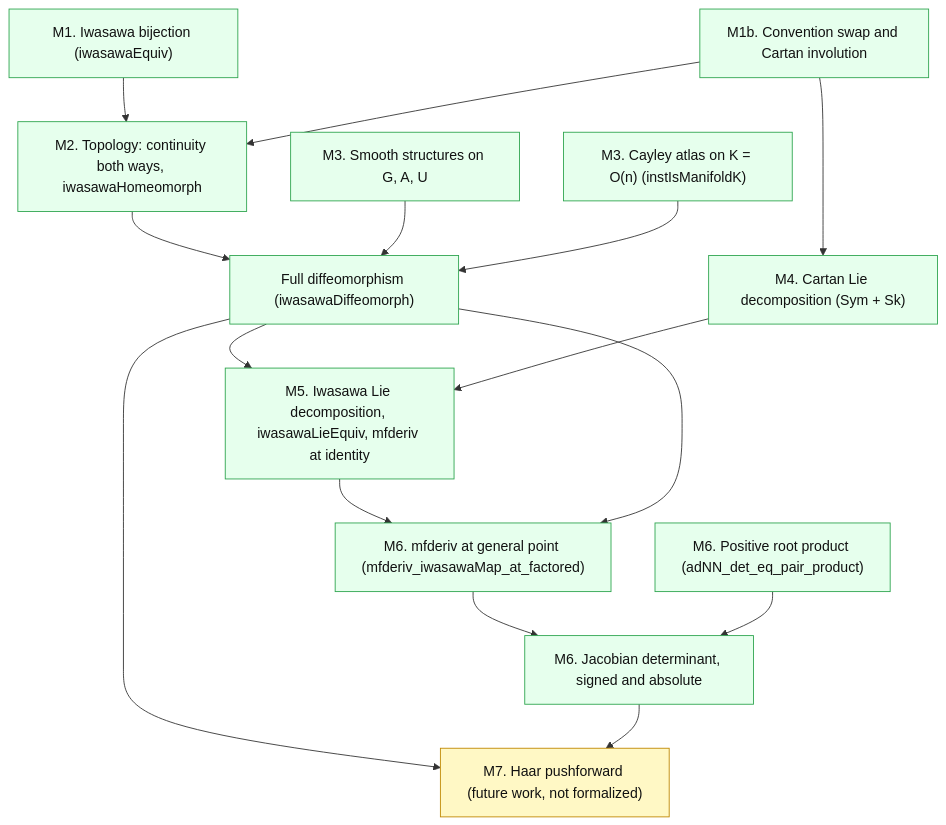
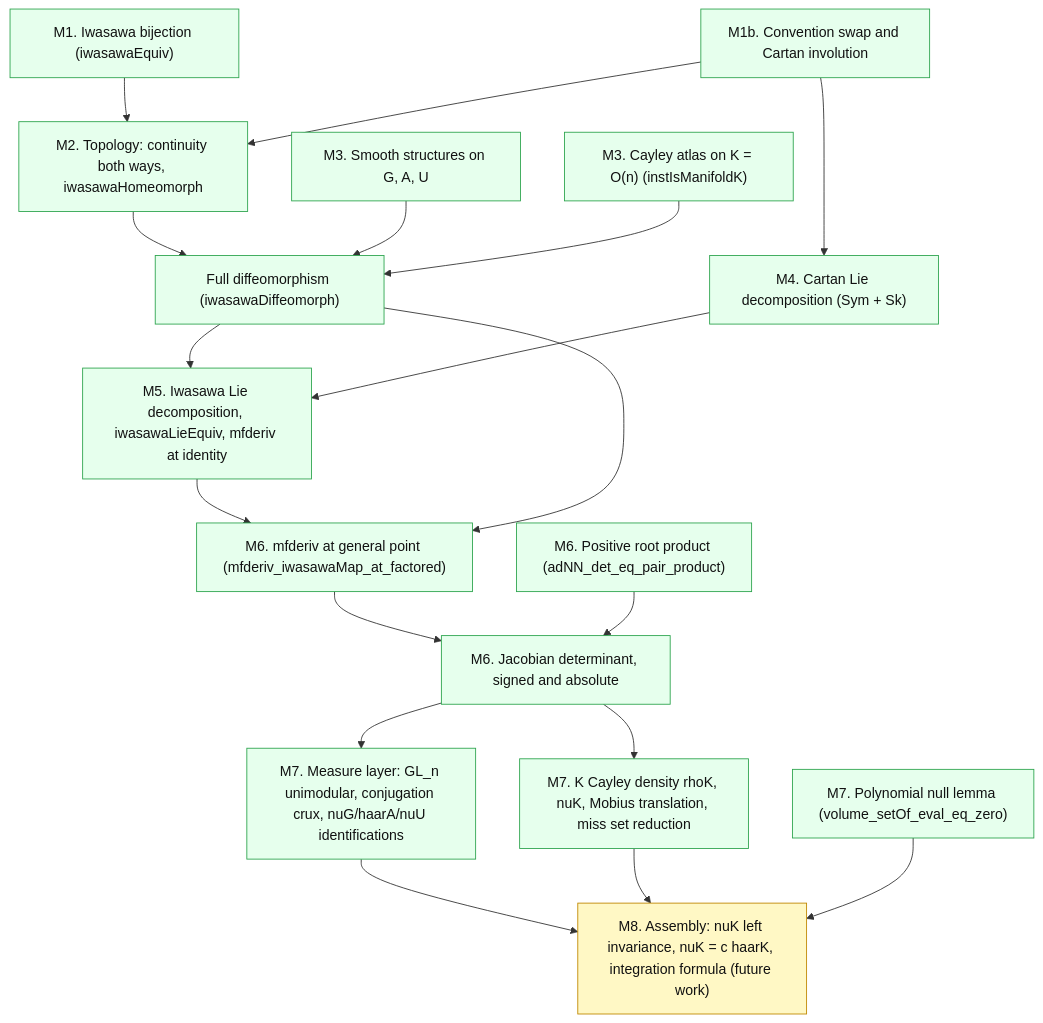
Before and after one commit to CuteSurtr/iwasawa-change-of-coordinates: the fourth of 6 diagrams in README.md, drawn with Mermaid. The commit also changed other lines of this file, not shown here.

First line of the commit message:
Docs: comprehensive README update for the measure layer and verification methodology

````diff
--- a/README.md
+++ b/README.md
@@ -772,35 +1081,41 @@
 ```mermaid
 flowchart TD
     M1["M1. Iwasawa bijection (iwasawaEquiv)"]
     M1b["M1b. Convention swap and Cartan involution"]
     M2["M2. Topology: continuity both ways, iwasawaHomeomorph"]
     M3g["M3. Smooth structures on G, A, U"]
     M3k["M3. Cayley atlas on K = O(n) (instIsManifoldK)"]
     DIFF["Full diffeomorphism (iwasawaDiffeomorph)"]
     M4["M4. Cartan Lie decomposition (Sym + Sk)"]
     M5["M5. Iwasawa Lie decomposition, iwasawaLieEquiv, mfderiv at identity"]
     M6d["M6. mfderiv at general point (mfderiv_iwasawaMap_at_factored)"]
     M6p["M6. Positive root product (adNN_det_eq_pair_product)"]
     M6j["M6. Jacobian determinant, signed and absolute"]
-    M7["M7. Haar pushforward (future work, not formalized)"]
+    M7m["M7. Measure layer: GL_n unimodular, conjugation crux, nuG/haarA/nuU identifications"]
+    M7k["M7. K Cayley density rhoK, nuK, Mobius translation, miss set reduction"]
+    M7p["M7. Polynomial null lemma (volume_setOf_eval_eq_zero)"]
+    M8["M8. Assembly: nuK left invariance, nuK = c haarK, integration formula (future work)"]
 
     M1 --> M2
     M1b --> M2
     M1b --> M4
     M2 --> DIFF
     M3g --> DIFF
     M3k --> DIFF
     DIFF --> M5
     M4 --> M5
     M5 --> M6d
     DIFF --> M6d
     M6d --> M6j
     M6p --> M6j
-    DIFF --> M7
-    M6j --> M7
+    M6j --> M7m
+    M6j --> M7k
+    M7m --> M8
+    M7k --> M8
+    M7p --> M8
 
     classDef proved fill:#e6ffed,stroke:#2da44e,color:#111;
     classDef future fill:#fff8c5,stroke:#bf8700,color:#111;
-    class M1,M1b,M2,M3g,M3k,DIFF,M4,M5,M6d,M6p,M6j proved;
-    class M7 future;
+    class M1,M1b,M2,M3g,M3k,DIFF,M4,M5,M6d,M6p,M6j,M7m,M7k,M7p proved;
+    class M8 future;
 ```
````
